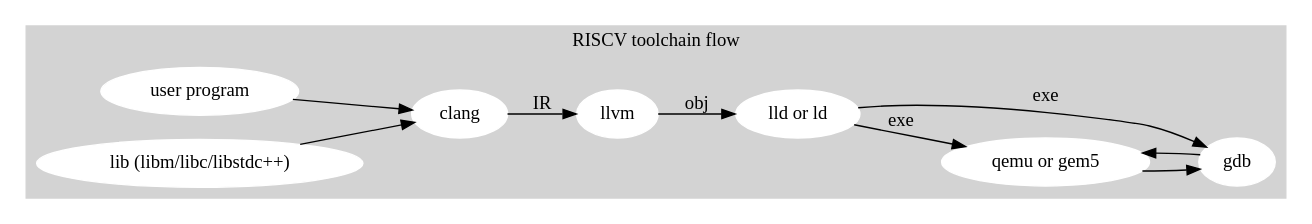
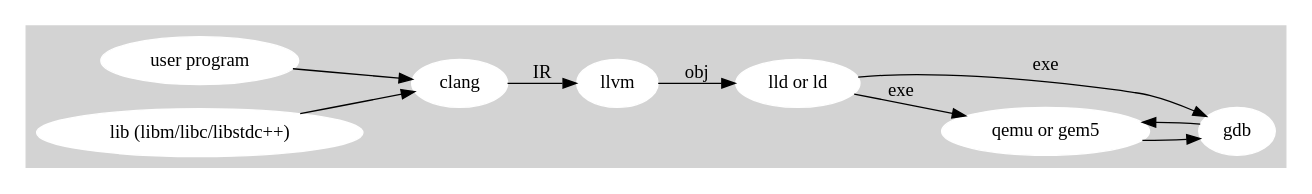
One commit to Jonathan2251/lbt changed the diagram in Fig/riscv/toolchain.gv. Above: the diagram before and after it, drawn with Graphviz. The commit also changed 7 other files, not shown here.

```diff
--- a/Fig/riscv/toolchain.gv
+++ b/Fig/riscv/toolchain.gv
@@ -1,23 +1,23 @@
 digraph G {
 
   rankdir=LR;
   subgraph cluster_0 {
     style=filled;
     color=lightgrey;
-    label = "RISCV toolchain flow";
+//    label = "RISCV toolchain flow";
     node [style=filled,color=white]; usercode [label = "user program"];
     node [style=filled,color=white]; sflib [label = "lib (libm/libc/libstdc++)"];
     node [style=filled,color=white]; linker [label = "lld or ld"];
     node [style=filled,color=white]; simulator [label = "qemu or gem5"];
     node [style=filled,color=white]; clang, llvm, gdb;
     usercode -> clang;
     sflib -> clang;
     clang -> llvm [ label = "IR" ];
     llvm -> linker [ label = "obj" ];
     linker -> simulator [ label = "exe" ];
     linker -> gdb [ label = "exe" ];
     simulator -> gdb;
     gdb -> simulator;
   }
 
 }
```
